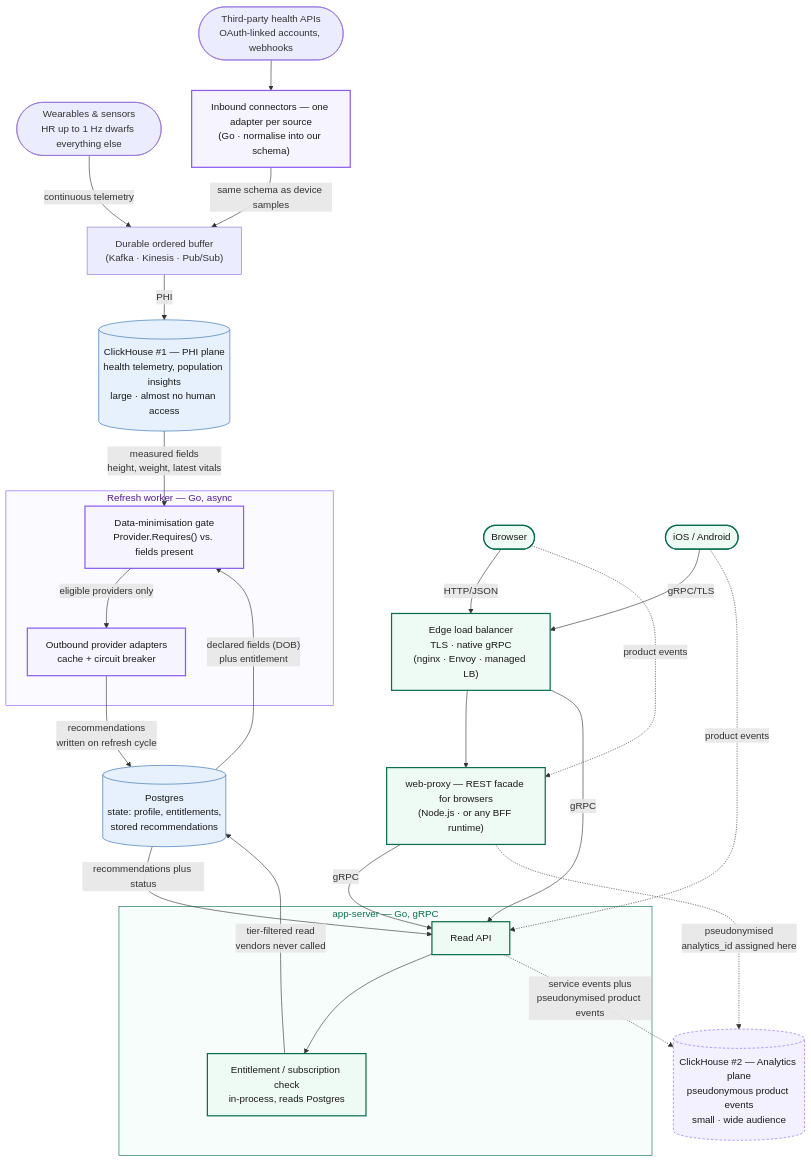
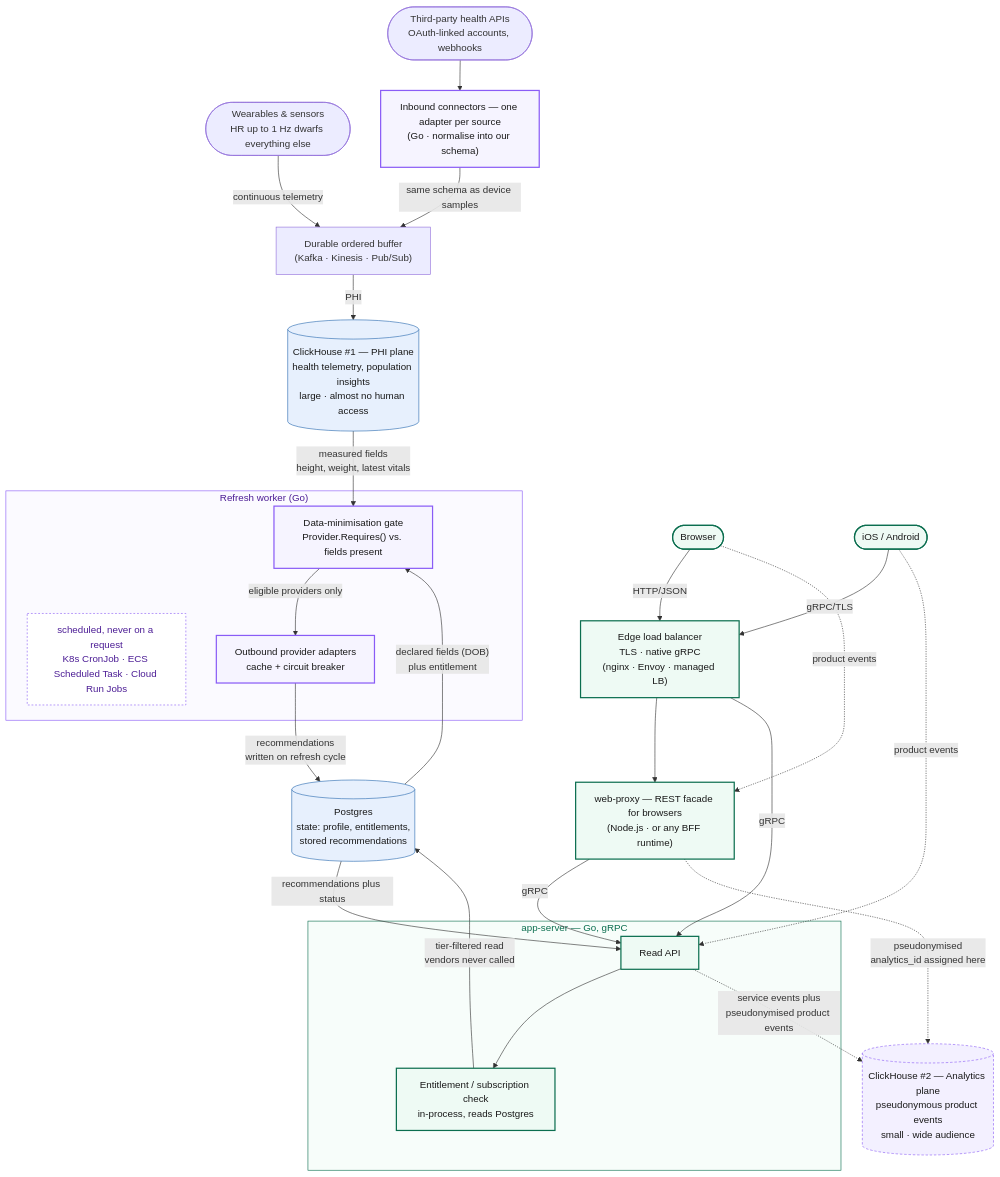
One commit to alexeykomov/asmt-session-2026-08-03 changed the fourth of 5 diagrams in docs/architecture-diagrams.md. Above: the diagram before and after it, drawn with Mermaid. The commit also changed other lines of this file, not shown here.

Commit message:
docs: name the refresh worker's scheduler technology
"Go, async" said the language but not how it is actually scheduled. It now
carries K8s CronJob, ECS Scheduled Task and Cloud Run Jobs — one portable
option and one per major cloud, the same treatment the buffer already gets
with Kafka/Kinesis/Pub-Sub.

Carried as a note node rather than in the subgraph title: mermaid wraps and
then clips multi-line subgraph titles, so the second line rendered behind
the box beneath it and was invisible. Verified in the rendered PNG rather
than assumed from the source.

````diff
--- a/docs/architecture-diagrams.md
+++ b/docs/architecture-diagrams.md
@@ -202,66 +202,70 @@
 ```mermaid
 flowchart TD
     Devices(["Wearables & sensors<br/>HR up to 1 Hz dwarfs everything else"])
     Partners(["Third-party health APIs<br/>OAuth-linked accounts, webhooks"])
     Connectors["Inbound connectors — one adapter per source<br/>(Go · normalise into our schema)"]
     Stream["Durable ordered buffer<br/>(Kafka · Kinesis · Pub/Sub)"]
     CH1[("ClickHouse #1 — PHI plane<br/>health telemetry, population insights<br/>large · almost no human access")]
     CH2[("ClickHouse #2 — Analytics plane<br/>pseudonymous product events<br/>small · wide audience")]
     PG[("Postgres<br/>state: profile, entitlements,<br/>stored recommendations")]
 
-    subgraph Worker["Refresh worker — Go, async"]
+    subgraph Worker["Refresh worker (Go)"]
+        Runtime["scheduled, never on a request<br/>K8s CronJob · ECS Scheduled Task · Cloud Run Jobs"]
         Gate["Data-minimisation gate<br/>Provider.Requires() vs. fields present"]
         Adapters["Outbound provider adapters<br/>cache + circuit breaker"]
     end
 
     subgraph AppServer["app-server — Go, gRPC"]
         API["Read API"]
         Entitlement["Entitlement / subscription check<br/>in-process, reads Postgres"]
     end
 
     WebProxy["web-proxy — REST facade for browsers<br/>(Node.js · or any BFF runtime)"]
     Edge["Edge load balancer<br/>TLS · native gRPC<br/>(nginx · Envoy · managed LB)"]
     Browser(["Browser"])
     Native(["iOS / Android"])
 
     Devices -- "continuous telemetry" --> Stream
     Partners --> Connectors
     Connectors -- "same schema as device samples" --> Stream
     Stream -- "PHI" --> CH1
     CH1 -- "measured fields<br/>height, weight, latest vitals" --> Gate
     PG -- "declared fields (DOB)<br/>plus entitlement" --> Gate
     Gate -- "eligible providers only" --> Adapters
     Adapters -- "recommendations<br/>written on refresh cycle" --> PG
 
     Browser -- "HTTP/JSON" --> Edge
     Native -- "gRPC/TLS" --> Edge
     Edge --> WebProxy
     Edge -- "gRPC" --> API
     WebProxy -- "gRPC" --> API
     API --> Entitlement
     Entitlement -- "tier-filtered read<br/>vendors never called" --> PG
     PG -- "recommendations plus status" --> API
 
     Browser -. "product events" .-> WebProxy
     Native -. "product events" .-> API
     WebProxy -. "pseudonymised<br/>analytics_id assigned here" .-> CH2
     API -. "service events plus<br/>pseudonymised product events" .-> CH2
 
     classDef store fill:#e7f0fd,stroke:#2b6cb0,color:#1a1a1a;
     class PG,CH1 store;
 
     classDef analytics fill:#f3f0ff,stroke:#8a5cf6,stroke-dasharray: 4 3,color:#1a1a1a;
     class CH2 analytics;
 
     classDef async fill:#f6f4ff,stroke:#8a5cf6,stroke-width:2px,color:#1a1a1a;
     class Gate,Adapters,Connectors async;
 
     classDef read fill:#eefaf4,stroke:#0b6e4f,stroke-width:2px,color:#1a1a1a;
     class API,Entitlement,Browser,Native,Edge,WebProxy read;
 
     classDef groupAsync fill:#fbfaff,stroke:#8a5cf6,stroke-width:1px,color:#4c1d95;
     class Worker groupAsync;
 
+    classDef note fill:#ffffff,stroke:#8a5cf6,stroke-dasharray: 3 3,color:#4c1d95;
+    class Runtime note;
+
     classDef groupRead fill:#f7fdfa,stroke:#0b6e4f,stroke-width:1px,color:#0b6e4f;
     class AppServer groupRead;
 ```
````
